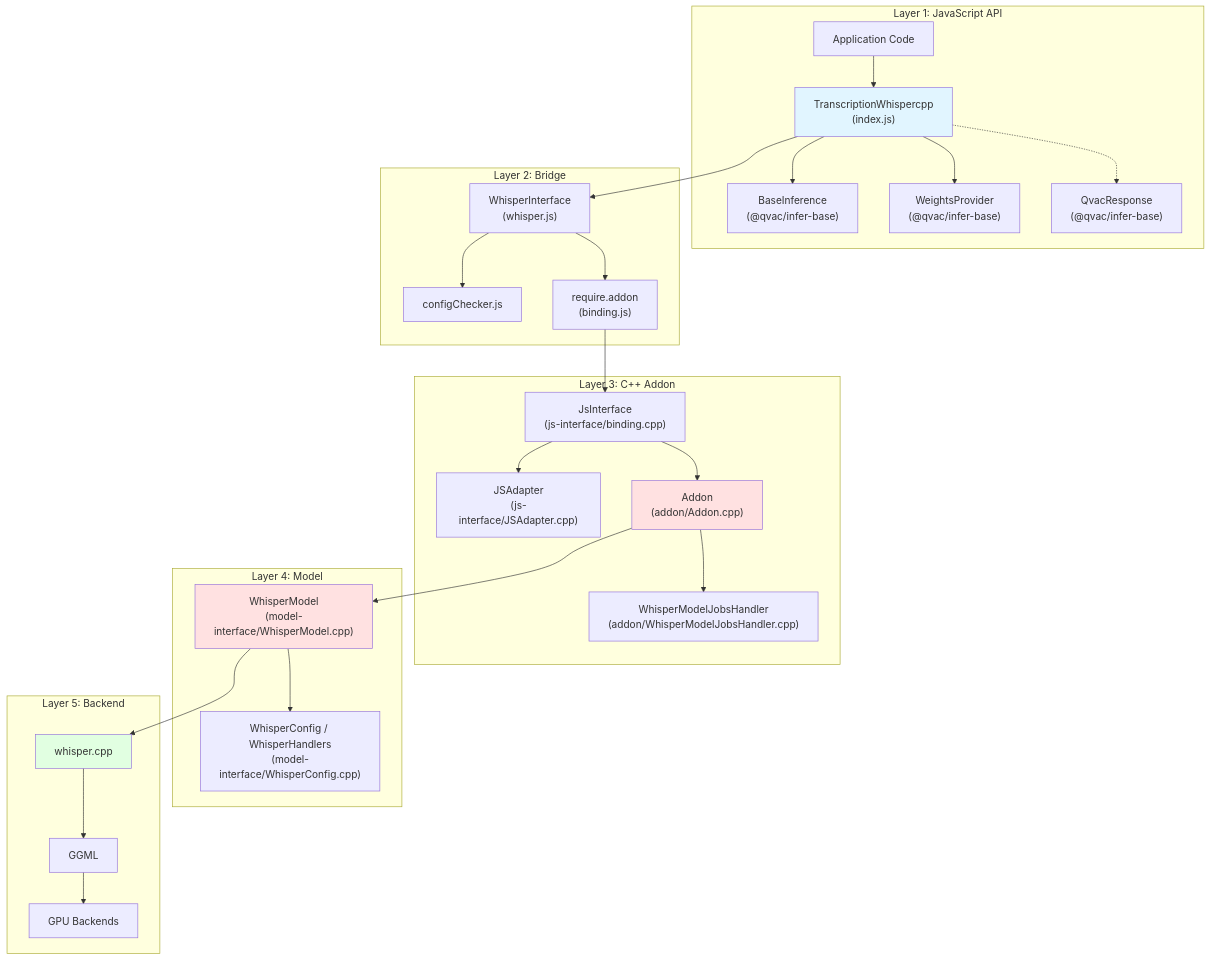
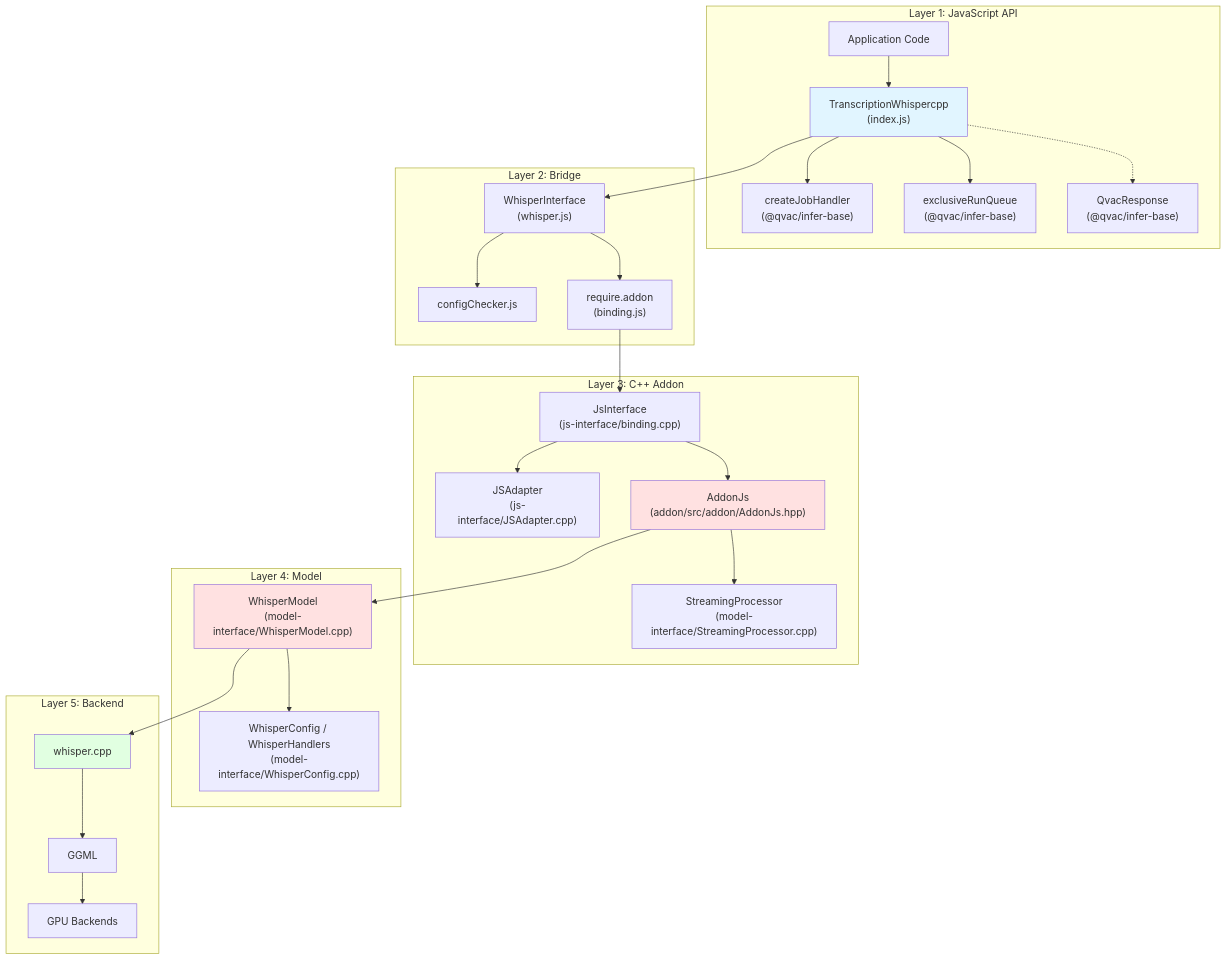
The third of 4 diagrams in packages/transcription-whispercpp/docs/architecture.md (tetherto/qvac), drawn with Mermaid before and after one commit. The commit also changed other lines of this file and 7 other files, not shown here.

First line of the commit message:
doc: refresh inference addon architecture docs

````diff
--- a/packages/transcription-whispercpp/docs/architecture.md
+++ b/packages/transcription-whispercpp/docs/architecture.md
@@ -222,60 +220,60 @@
 ```mermaid
 graph TB
     subgraph "Layer 1: JavaScript API"
         APP["Application Code"]
         TWCLASS["TranscriptionWhispercpp<br/>(index.js)"]
-        BASEINF["BaseInference<br/>(@qvac/infer-base)"]
-        WEIGHTSPR["WeightsProvider<br/>(@qvac/infer-base)"]
+        JOBH["createJobHandler<br/>(@qvac/infer-base)"]
+        RUNQ["exclusiveRunQueue<br/>(@qvac/infer-base)"]
         RESPONSE["QvacResponse<br/>(@qvac/infer-base)"]
     end
 
     subgraph "Layer 2: Bridge"
         WHISPERIF["WhisperInterface<br/>(whisper.js)"]
         CONFIGCHK["configChecker.js"]
         BINDING["require.addon<br/>(binding.js)"]
     end
 
     subgraph "Layer 3: C++ Addon"
         JSINTERFACE["JsInterface<br/>(js-interface/binding.cpp)"]
         JSADAPTER["JSAdapter<br/>(js-interface/JSAdapter.cpp)"]
-        ADDON["Addon<WhisperModel><br/>(addon/Addon.cpp)"]
-        JOBSHANDLER["WhisperModelJobsHandler<br/>(addon/WhisperModelJobsHandler.cpp)"]
+        ADDON["AddonJs<br/>(addon/src/addon/AddonJs.hpp)"]
+        STREAMING["StreamingProcessor<br/>(model-interface/StreamingProcessor.cpp)"]
     end
 
     subgraph "Layer 4: Model"
         WHISPERMODEL["WhisperModel<br/>(model-interface/WhisperModel.cpp)"]
         WHISPERCONFIG["WhisperConfig / WhisperHandlers<br/>(model-interface/WhisperConfig.cpp)"]
     end
 
     subgraph "Layer 5: Backend"
         WCPP["whisper.cpp"]
         GGML["GGML"]
         GPU["GPU Backends"]
     end
 
     APP --> TWCLASS
-    TWCLASS --> BASEINF
-    TWCLASS --> WEIGHTSPR
+    TWCLASS --> JOBH
+    TWCLASS --> RUNQ
     TWCLASS --> WHISPERIF
     TWCLASS -.-> RESPONSE
 
     WHISPERIF --> CONFIGCHK
     WHISPERIF --> BINDING
     BINDING --> JSINTERFACE
     JSINTERFACE --> JSADAPTER
 
     JSINTERFACE --> ADDON
-    ADDON --> JOBSHANDLER
+    ADDON --> STREAMING
     ADDON --> WHISPERMODEL
 
     WHISPERMODEL --> WHISPERCONFIG
     WHISPERMODEL --> WCPP
 
     WCPP --> GGML
     GGML --> GPU
 
     style TWCLASS fill:#e1f5ff
     style ADDON fill:#ffe1e1
     style WHISPERMODEL fill:#ffe1e1
     style WCPP fill:#e1ffe1
 ```
````
